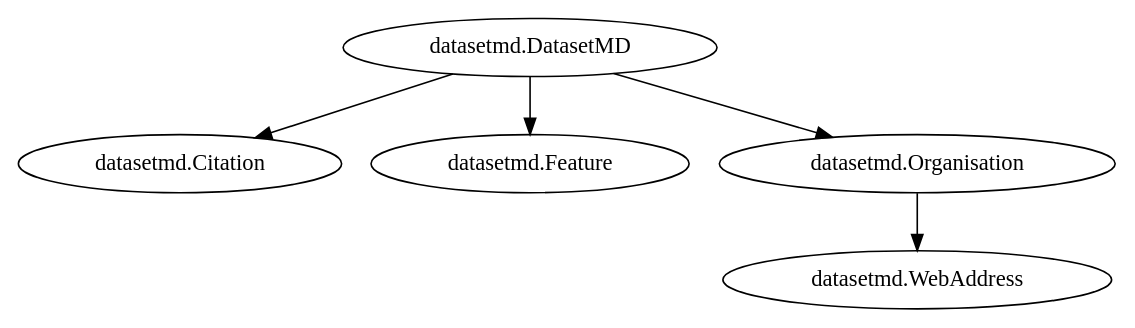
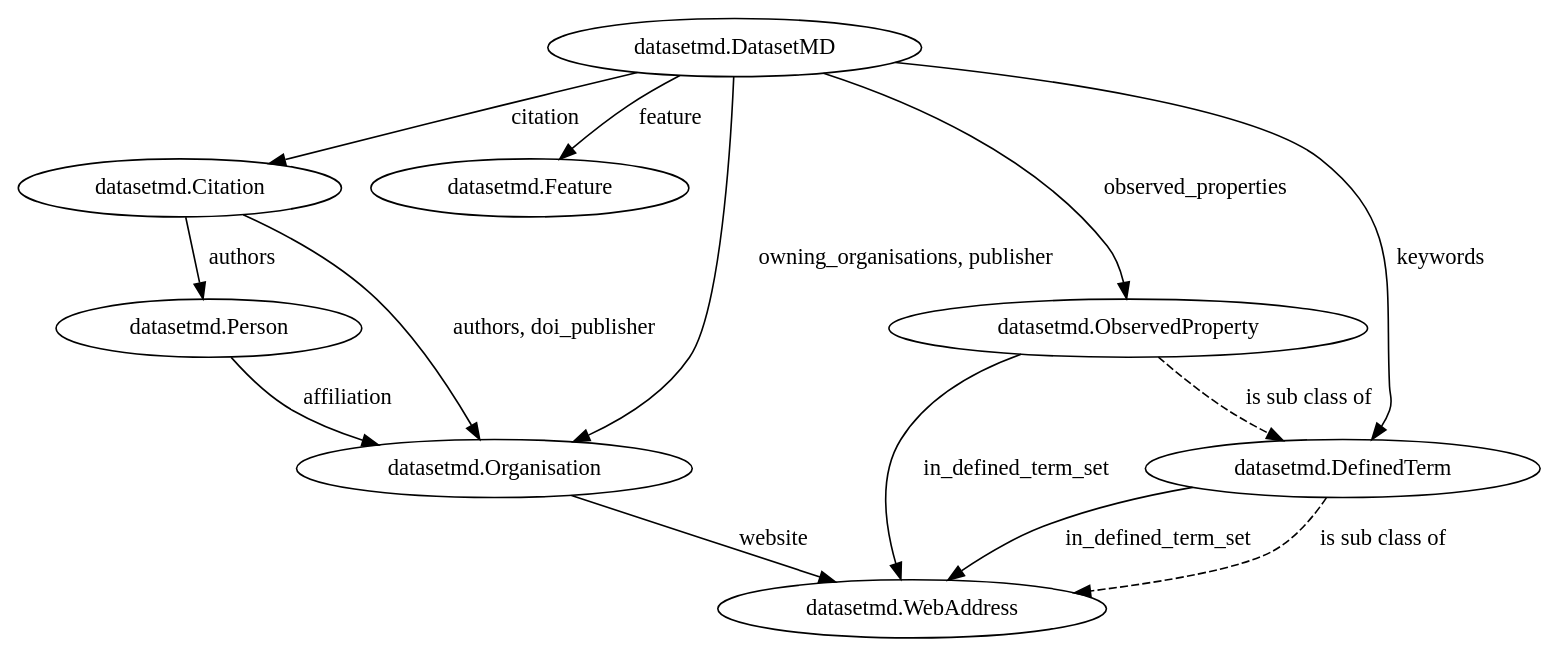
The diagram in docs/modules.rst (adamml/DatasetMetadata), drawn with Graphviz before and after one commit. The commit also changed other lines of this file and 5 other files, not shown here.

Commit message:
Observed Properties and beginning keywords for ISO

```diff
--- a/docs/modules.rst
+++ b/docs/modules.rst
@@ -7,8 +7,17 @@
 .. graphviz::
 
    digraph foo {
-      "datasetmd.DatasetMD" -> "datasetmd.Citation";
-	  "datasetmd.DatasetMD" -> "datasetmd.Feature";
-	  "datasetmd.DatasetMD" -> "datasetmd.Organisation";
-	  "datasetmd.Organisation" -> "datasetmd.WebAddress";
+      "datasetmd.DatasetMD" -> "datasetmd.Citation" [label="citation"];
+	  "datasetmd.DatasetMD" -> "datasetmd.Feature" [label="feature"];
+	  "datasetmd.DatasetMD" -> "datasetmd.Organisation" [label="owning_organisations, publisher"];
+	  "datasetmd.DatasetMD" -> "datasetmd.ObservedProperty" [label="observed_properties"];
+	  "datasetmd.DatasetMD" -> "datasetmd.DefinedTerm" [label="keywords"];
+	  "datasetmd.ObservedProperty" -> "datasetmd.WebAddress" [label="in_defined_term_set"];
+	  "datasetmd.DefinedTerm" -> "datasetmd.WebAddress" [label="in_defined_term_set"];
+	  "datasetmd.Organisation" -> "datasetmd.WebAddress" [label="website"];
+	  "datasetmd.Citation" -> "datasetmd.Organisation" [label="authors, doi_publisher"];
+	  "datasetmd.Citation" -> "datasetmd.Person" [label="authors"];
+	  "datasetmd.Person" -> "datasetmd.Organisation" [label="affiliation"];
+	  "datasetmd.DefinedTerm" -> "datasetmd.WebAddress" [label="is sub class of", style="dashed"];
+	  "datasetmd.ObservedProperty" -> "datasetmd.DefinedTerm" [label="is sub class of", style="dashed"];
    }
```
